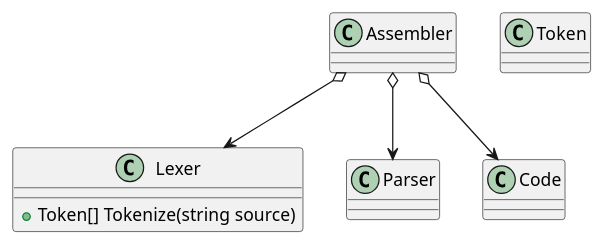
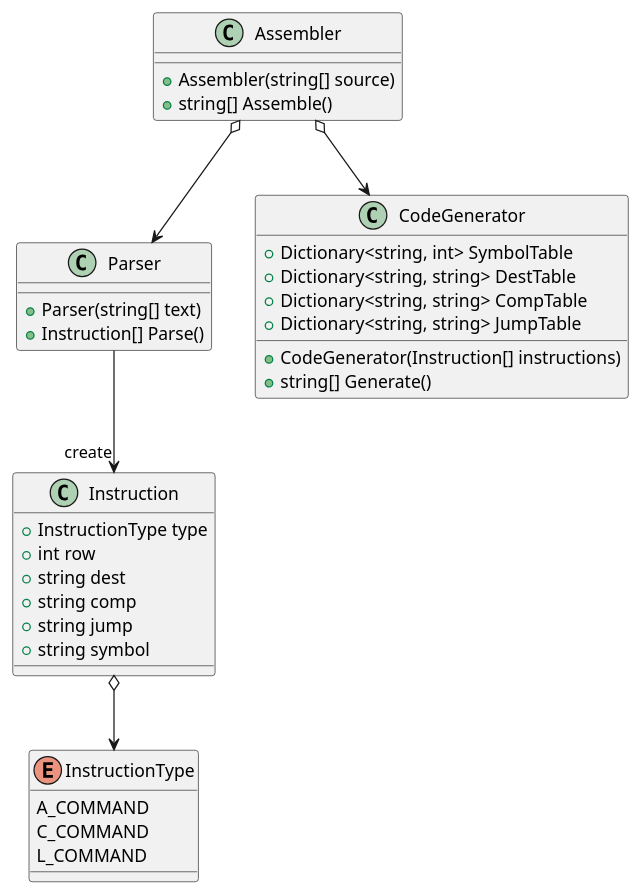
The diagram in diaglam.puml (matajupi/Assembler), drawn with PlantUML before and after one commit. The commit also changed 6 other files, not shown here.

Commit message:
Add "Assembler" and "Instruction" classes

```diff
--- a/diaglam.puml
+++ b/diaglam.puml
@@ -1,29 +1,49 @@
 @startuml
 'https://plantuml.com/class-diagram
 
-class Lexer
+class Parser
 {
-    +Token[] Tokenize(string source)
+    +Parser(string[] text)
+    +Instruction[] Parse()
 }
 
-class Token
+enum InstructionType
 {
+    A_COMMAND
+    C_COMMAND
+    L_COMMAND
 }
 
-class Parser
+class Instruction
 {
+    +InstructionType type
+    +int row
+    +string dest
+    +string comp
+    +string jump
+    +string symbol
 }
 
-class Code
+class CodeGenerator
 {
+    +Dictionary<string, int> SymbolTable
+    +Dictionary<string, string> DestTable
+    +Dictionary<string, string> CompTable
+    +Dictionary<string, string> JumpTable
+    +CodeGenerator(Instruction[] instructions)
+    +string[] Generate()
 }
 
 class Assembler
 {
+    +Assembler(string[] source)
+    +string[] Assemble()
 }
 
-Assembler o--> Lexer
 Assembler o--> Parser
-Assembler o--> Code
+Assembler o--> CodeGenerator
+Instruction o--> InstructionType
+Parser --> "create" Instruction
+
 
 @enduml
```
